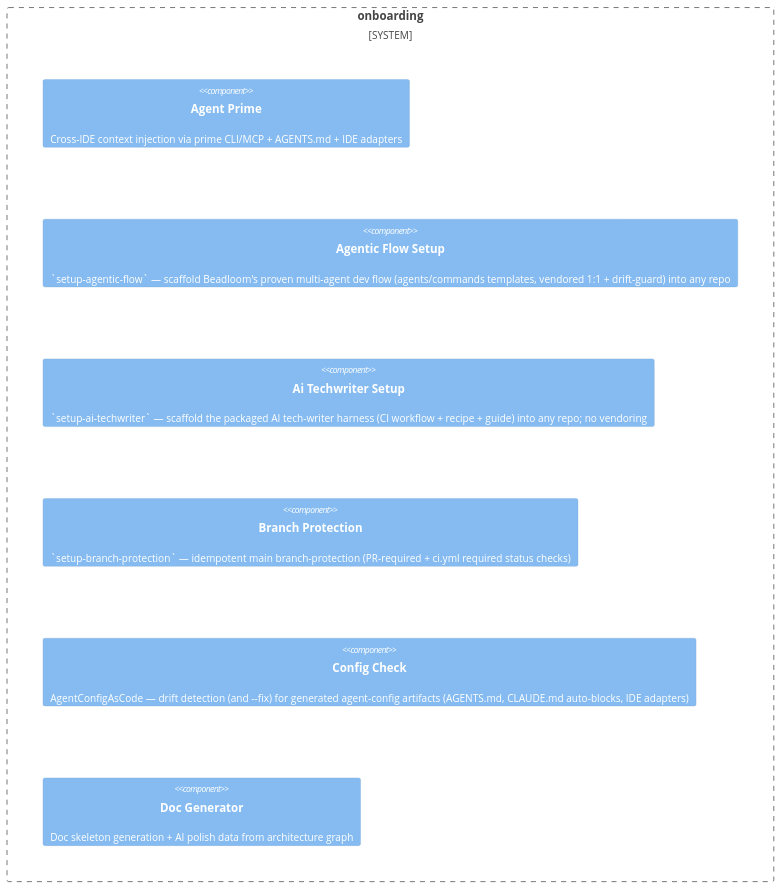
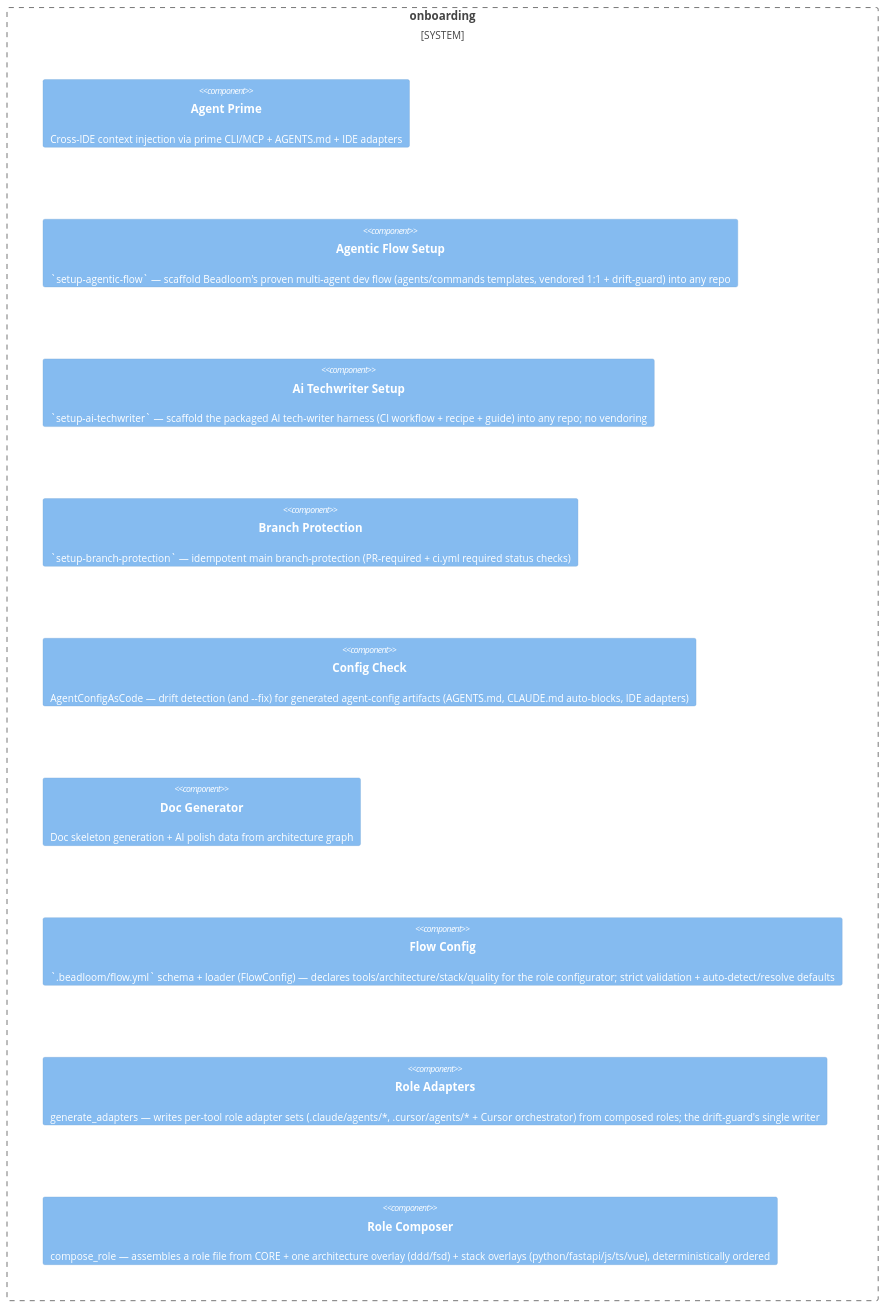
One commit to zoologov/beadloom changed the diagram in site/domains/onboarding.md. Above: the diagram before and after it, drawn with Mermaid (neutral theme). The commit also changed other lines of this file and 145 other files, not shown here.

First line of the commit message:
[BDL-052] Usable doc-flow: role configurator + pre-push Gate + CI boost (#14)

````diff
--- a/site/domains/onboarding.md
+++ b/site/domains/onboarding.md
@@ -62,11 +77,14 @@
 ```mermaid
 C4Container
     System_Boundary(onboarding_boundary, "onboarding") {
         Component(agent_prime, "Agent Prime", "", "Cross-IDE context injection via prime CLI/MCP + AGENTS.md + IDE adapters")
         Component(agentic_flow_setup, "Agentic Flow Setup", "", "`setup-agentic-flow` — scaffold Beadloom's proven multi-agent dev flow (agents/commands templates, vendored 1:1 + drift-guard) into any repo")
         Component(ai_techwriter_setup, "Ai Techwriter Setup", "", "`setup-ai-techwriter` — scaffold the packaged AI tech-writer harness (CI workflow + recipe + guide) into any repo; no vendoring")
         Component(branch_protection, "Branch Protection", "", "`setup-branch-protection` — idempotent main branch-protection (PR-required + ci.yml required status checks)")
         Component(config_check, "Config Check", "", "AgentConfigAsCode — drift detection (and --fix) for generated agent-config artifacts (AGENTS.md, CLAUDE.md auto-blocks, IDE adapters)")
         Component(doc_generator, "Doc Generator", "", "Doc skeleton generation + AI polish data from architecture graph")
+        Component(flow_config, "Flow Config", "", "`.beadloom/flow.yml` schema + loader (FlowConfig) — declares tools/architecture/stack/quality for the role configurator; strict validation + auto-detect/resolve defaults")
+        Component(role_adapters, "Role Adapters", "", "generate_adapters — writes per-tool role adapter sets (.claude/agents/*, .cursor/agents/* + Cursor orchestrator) from composed roles; the drift-guard's single writer")
+        Component(role_composer, "Role Composer", "", "compose_role — assembles a role file from CORE + one architecture overlay (ddd/fsd) + stack overlays (python/fastapi/js/ts/vue), deterministically ordered")
     }
 ```
````
